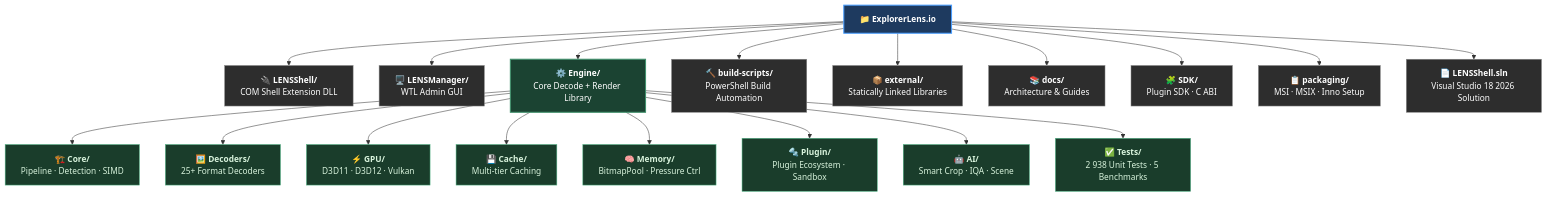
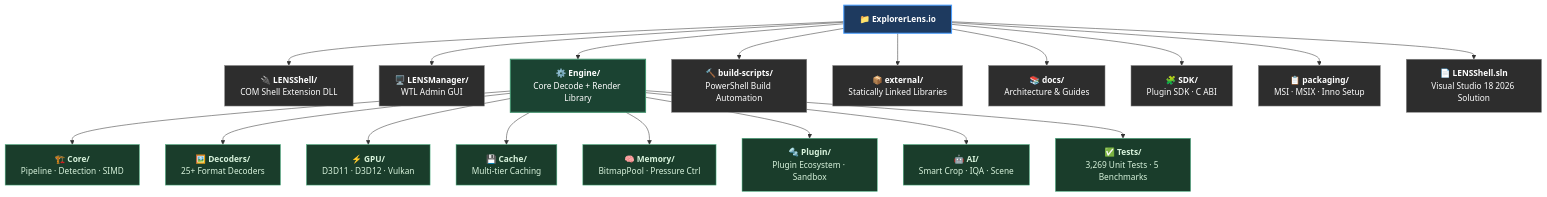
Before and after one commit to RajwanYair/ExplorerLens.io: the diagram in README.md, drawn with Mermaid. The commit also changed other lines of this file and 17 other files, not shown here.

````diff
--- a/README.md
+++ b/README.md
@@ -206,42 +206,42 @@
 ```mermaid
 graph TD
     ROOT["📁 <b>ExplorerLens.io</b>"]
 
     ROOT --> SHELL["🔌 <b>LENSShell/</b><br/>COM Shell Extension DLL"]
     ROOT --> MGR["🖥️ <b>LENSManager/</b><br/>WTL Admin GUI"]
     ROOT --> ENG["⚙️ <b>Engine/</b><br/>Core Decode + Render Library"]
     ROOT --> BS["🔨 <b>build-scripts/</b><br/>PowerShell Build Automation"]
     ROOT --> EXT["📦 <b>external/</b><br/>Statically Linked Libraries"]
     ROOT --> DOCS["📚 <b>docs/</b><br/>Architecture &amp; Guides"]
     ROOT --> SDK["🧩 <b>SDK/</b><br/>Plugin SDK · C ABI"]
     ROOT --> PKG["📋 <b>packaging/</b><br/>MSI · MSIX · Inno Setup"]
     ROOT --> SLN["📄 <b>LENSShell.sln</b><br/>Visual Studio 18 2026 Solution"]
 
     ENG --> CORE["🏗️ <b>Core/</b><br/>Pipeline · Detection · SIMD"]
     ENG --> DEC["🖼️ <b>Decoders/</b><br/>25+ Format Decoders"]
     ENG --> GPU["⚡ <b>GPU/</b><br/>D3D11 · D3D12 · Vulkan"]
     ENG --> CACHE["💾 <b>Cache/</b><br/>Multi-tier Caching"]
     ENG --> MEM["🧠 <b>Memory/</b><br/>BitmapPool · Pressure Ctrl"]
     ENG --> PLUGIN["🔩 <b>Plugin/</b><br/>Plugin Ecosystem · Sandbox"]
     ENG --> AI["🤖 <b>AI/</b><br/>Smart Crop · IQA · Scene"]
-    ENG --> TESTS["✅ <b>Tests/</b><br/>2 938 Unit Tests · 5 Benchmarks"]
+    ENG --> TESTS["✅ <b>Tests/</b><br/>3,269 Unit Tests · 5 Benchmarks"]
 
     style ROOT fill:#1e3a5f,color:#fff,stroke:#4a9eff,stroke-width:2px
     style ENG  fill:#1b4332,color:#fff,stroke:#40916c,stroke-width:2px
     style SHELL fill:#2d2d2d,color:#fff,stroke:#888
     style MGR   fill:#2d2d2d,color:#fff,stroke:#888
     style BS    fill:#2d2d2d,color:#fff,stroke:#888
     style EXT   fill:#2d2d2d,color:#fff,stroke:#888
     style DOCS  fill:#2d2d2d,color:#fff,stroke:#888
     style SDK   fill:#2d2d2d,color:#fff,stroke:#888
     style PKG   fill:#2d2d2d,color:#fff,stroke:#888
     style SLN   fill:#2d2d2d,color:#fff,stroke:#888
     style CORE   fill:#1a3d2b,color:#d8f3dc,stroke:#52b788
     style DEC    fill:#1a3d2b,color:#d8f3dc,stroke:#52b788
     style GPU    fill:#1a3d2b,color:#d8f3dc,stroke:#52b788
     style CACHE  fill:#1a3d2b,color:#d8f3dc,stroke:#52b788
     style MEM    fill:#1a3d2b,color:#d8f3dc,stroke:#52b788
     style PLUGIN fill:#1a3d2b,color:#d8f3dc,stroke:#52b788
     style AI     fill:#1a3d2b,color:#d8f3dc,stroke:#52b788
     style TESTS  fill:#1a3d2b,color:#d8f3dc,stroke:#52b788
 ```
````
